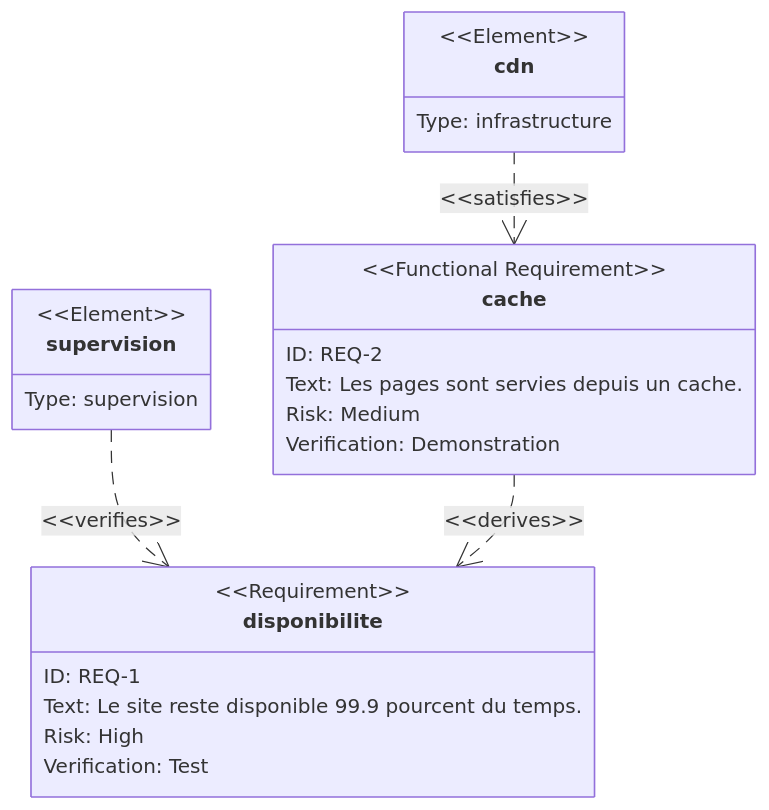
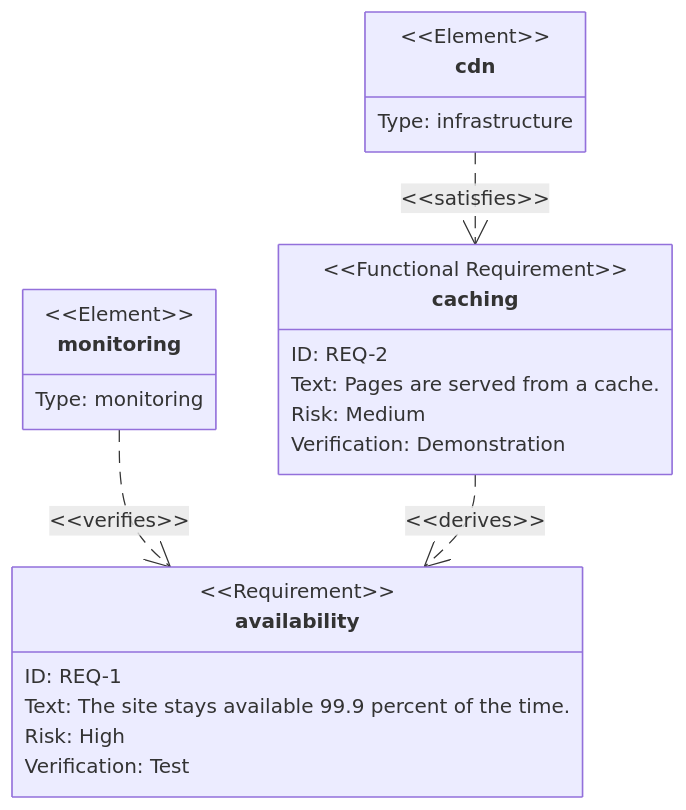
One commit to InnovateIt-ak/docusaurus changed diagram 12 of 25 in docs/mermaid-diagrams.mdx. Above: the diagram before and after it, drawn with Mermaid. The commit also changed other lines of this file, not shown here.

First line of the commit message:
Translate the Mermaid reference page to English

````diff
--- a/docs/mermaid-diagrams.mdx
+++ b/docs/mermaid-diagrams.mdx
@@ -551,29 +548,29 @@
 ```mermaid
 requirementDiagram
 
-requirement disponibilite {
+requirement availability {
 id: "REQ-1"
-text: Le site reste disponible 99.9 pourcent du temps.
+text: The site stays available 99.9 percent of the time.
 risk: high
 verifymethod: test
 }
 
-functionalRequirement cache {
+functionalRequirement caching {
 id: "REQ-2"
-text: Les pages sont servies depuis un cache.
+text: Pages are served from a cache.
 risk: medium
 verifymethod: demonstration
 }
 
-element supervision {
-type: supervision
+element monitoring {
+type: monitoring
 }
 
 element cdn {
 type: infrastructure
 }
 
-cdn - satisfies -> cache
-supervision - verifies -> disponibilite
-cache - derives -> disponibilite
+cdn - satisfies -> caching
+monitoring - verifies -> availability
+caching - derives -> availability
 ```
````
